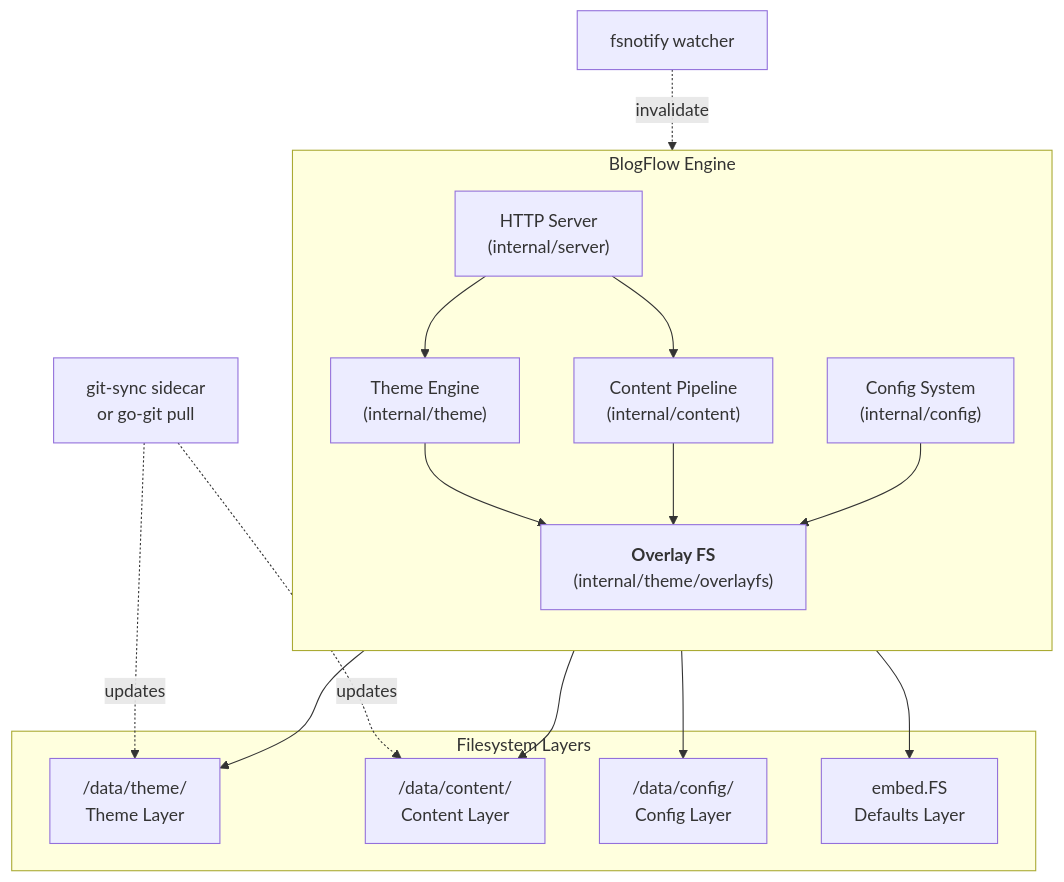
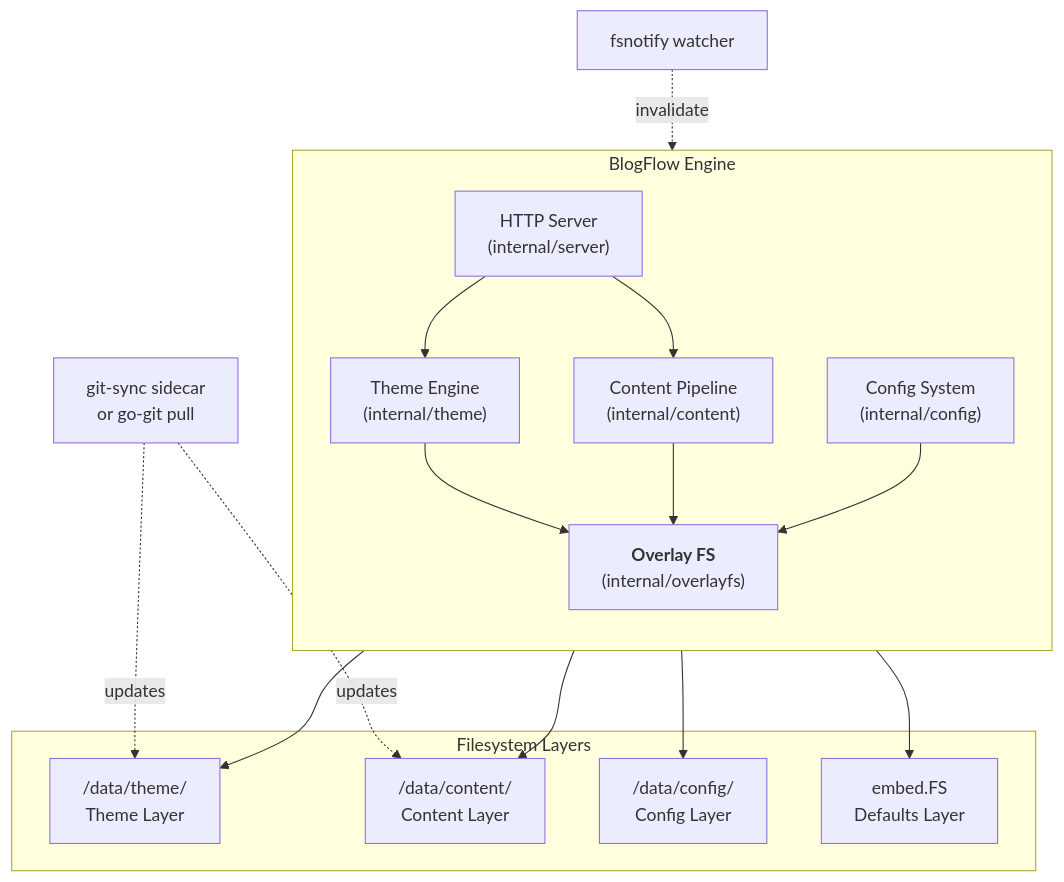
One commit to khaines/blogflow changed the first of 6 diagrams in docs/engineering/design/overlay-filesystem.md. Above: the diagram before and after it, drawn with Mermaid. The commit also changed other lines of this file, not shown here.

First line of the commit message:
docs: address Round 2 review findings — overlay filesystem design

````diff
--- a/docs/engineering/design/overlay-filesystem.md
+++ b/docs/engineering/design/overlay-filesystem.md
@@ -49,32 +49,32 @@
 ```mermaid
 graph TB
     subgraph "BlogFlow Engine"
         direction TB
         HTTP["HTTP Server<br/>(internal/server)"]
         Theme["Theme Engine<br/>(internal/theme)"]
         Content["Content Pipeline<br/>(internal/content)"]
         Config["Config System<br/>(internal/config)"]
-        OFS["<strong>Overlay FS</strong><br/>(internal/theme/overlayfs)"]
+        OFS["<strong>Overlay FS</strong><br/>(internal/overlayfs)"]
     end
 
     subgraph "Filesystem Layers"
         L1["/data/theme/<br/>Theme Layer"]
         L2["/data/content/<br/>Content Layer"]
         L3["/data/config/<br/>Config Layer"]
         L4["embed.FS<br/>Defaults Layer"]
     end
 
     HTTP --> Theme
     HTTP --> Content
     Theme --> OFS
     Content --> OFS
     Config --> OFS
     OFS --> L1
     OFS --> L2
     OFS --> L3
     OFS --> L4
 
     GitSync["git-sync sidecar<br/>or go-git pull"] -.->|updates| L1
     GitSync -.->|updates| L2
     FSNotify["fsnotify watcher"] -.->|invalidate| OFS
 ```
````
